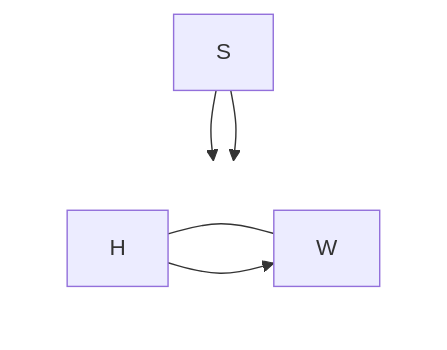
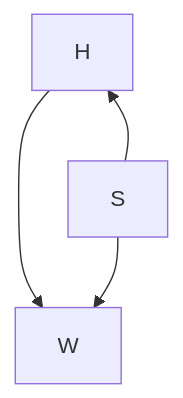
The second of 2 diagrams in README.md (cmcntsh/StatBayesAnalysisChecklist), drawn with Mermaid before and after one commit.

Commit message:
Refactor mermaid graph in README
Updated mermaid graph structure and removed subgraph.

````diff
--- a/README.md
+++ b/README.md
@@ -15,13 +15,7 @@
 ```mermaid
 graph TD
-    subgraph top [ ]
-        direction LR
-        H --- W
-    end
+    H --> W
+    H ~~~ S
     S --> H
     S --> W
-    H --> W
-    
-    %% Styling to hide the subgraph container
-    style top fill:none,stroke:none
 ```
````
